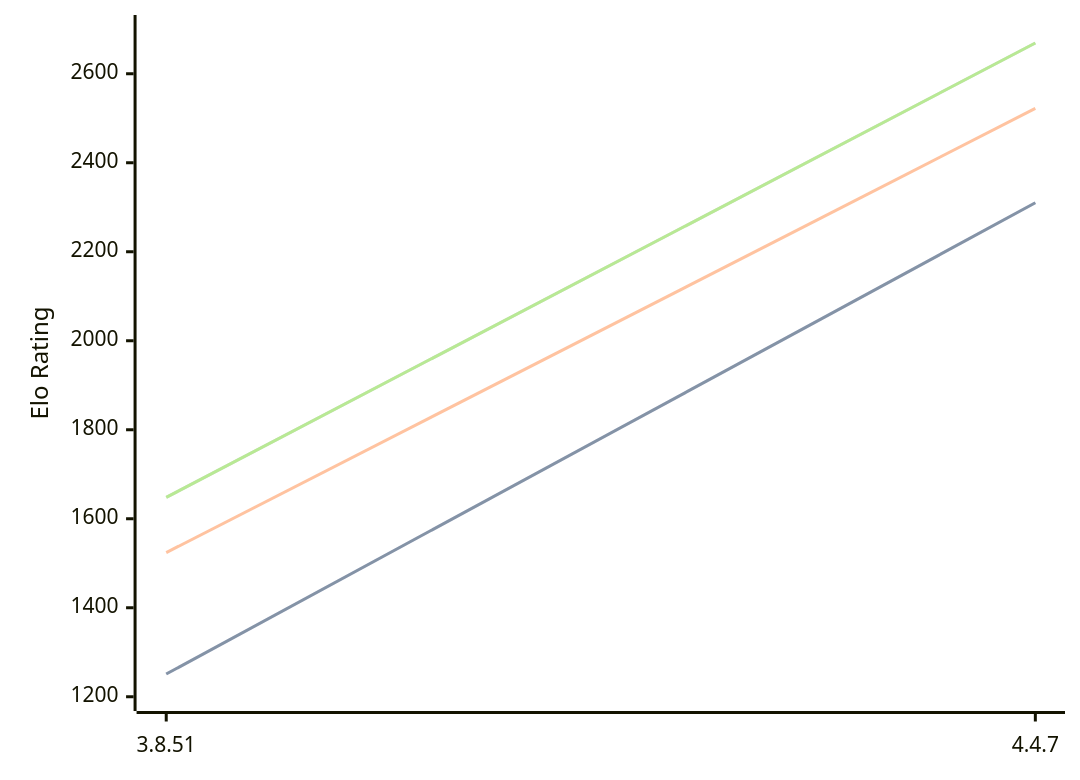
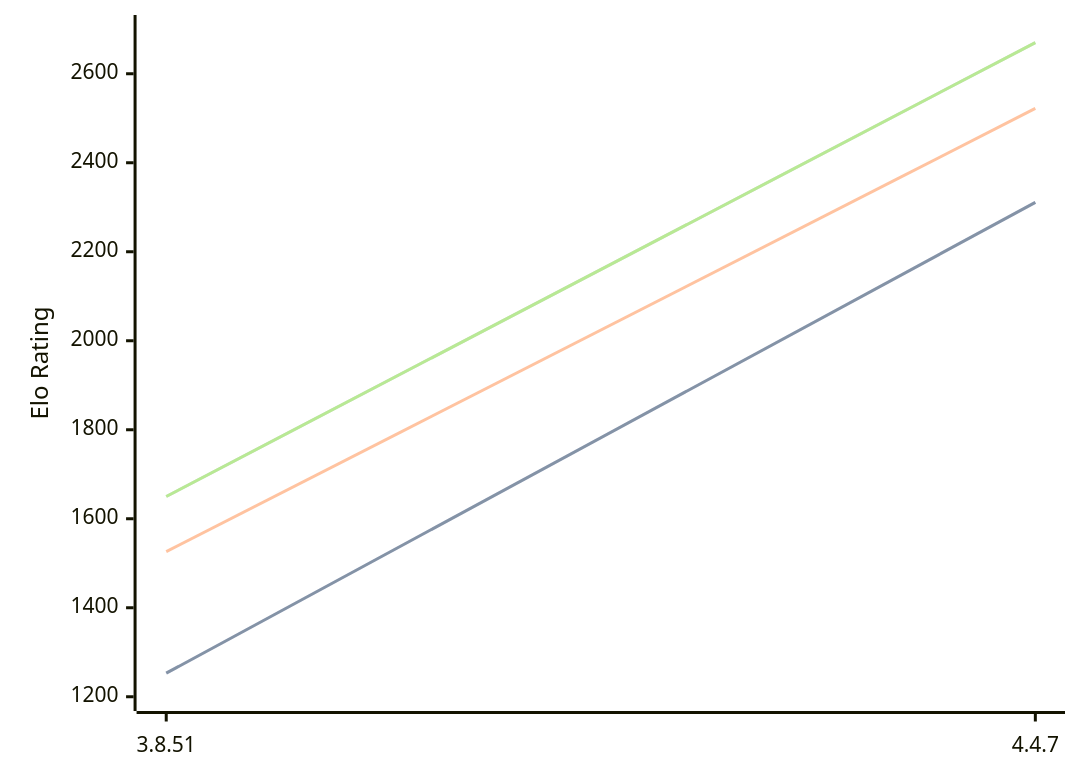
Before and after one commit to computer-chess-index/cci: the diagram in engines/Scoria.md, drawn with Mermaid. The commit also changed other lines of this file, not shown here.

Commit message:
Update CCI Ratings (ELO VLTC) - 2026-08-26

````diff
--- a/engines/Scoria.md
+++ b/engines/Scoria.md
@@ -32,11 +32,11 @@
 ```mermaid
 %%{init: {"theme":"base","themeVariables":{"seriesColors:['#a3a3a3','#222221','#faa371']}}}%%
 xychart-beta
   x-axis ["3.8.51", "4.4.7"]
   y-axis "Elo Rating" 1200 --> 2700
-  line "STC (8.0+0.08s)" [1251, 2310]
-  line "STC (8.0+0.08s)" [1251, 2310]
-  line "LTC (60.0+0.60s)" [1524, 2522]
-  line "VLTC (2m24s+1.12s)" [1648, 2669]
-  line "VLTC (2m24s+1.12s)" [1648, 2669]
+  line "STC (8.0+0.08s)" [1253, 2311]
+  line "STC (8.0+0.08s)" [1253, 2311]
+  line "LTC (60.0+0.60s)" [1526, 2522]
+  line "VLTC (2m24s+1.12s)" [1650, 2670]
+  line "VLTC (2m24s+1.12s)" [1650, 2670]
 ```
````
